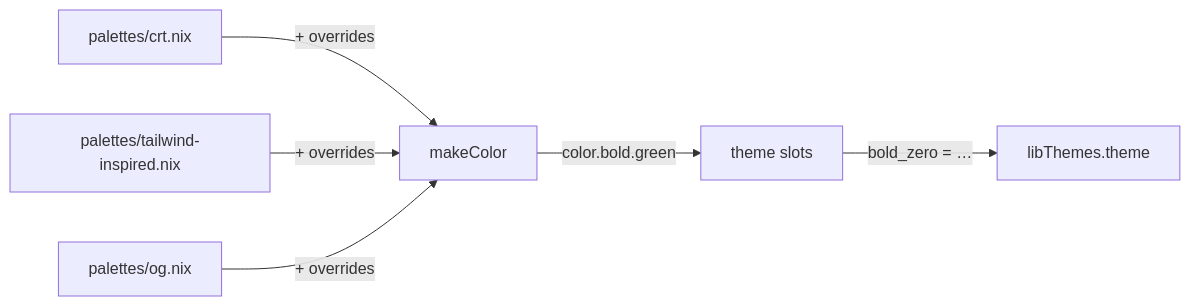
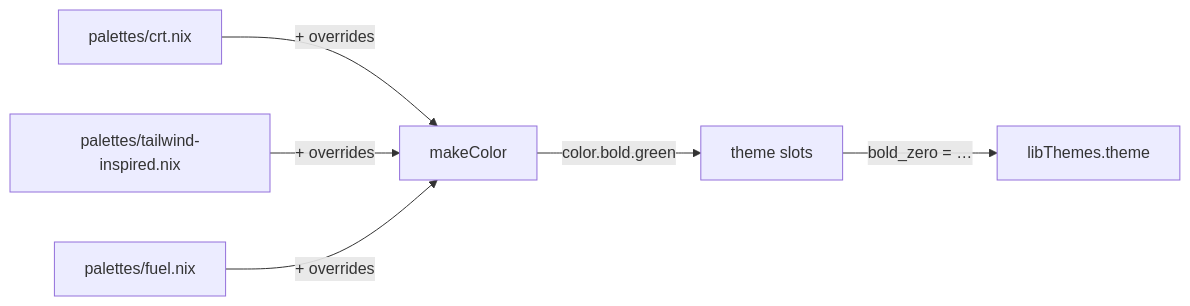
One commit to cig0/nix-batteries changed the diagram in libraries/themes/palettes/README.md. Above: the diagram before and after it, drawn with Mermaid. The commit also changed other lines of this file and 6 other files, not shown here.

````diff
--- a/libraries/themes/palettes/README.md
+++ b/libraries/themes/palettes/README.md
@@ -26,8 +26,8 @@
 ```mermaid
 graph LR
     A["palettes/crt.nix"] -->|"+ overrides"| B["makeColor"]
     C["palettes/tailwind-inspired.nix"] -->|"+ overrides"| B
-    D["palettes/og.nix"] -->|"+ overrides"| B
+    D["palettes/fuel.nix"] -->|"+ overrides"| B
     B -->|"color.bold.green"| E["theme slots"]
     E -->|"bold_zero = …"| F["libThemes.theme"]
 ```
````
